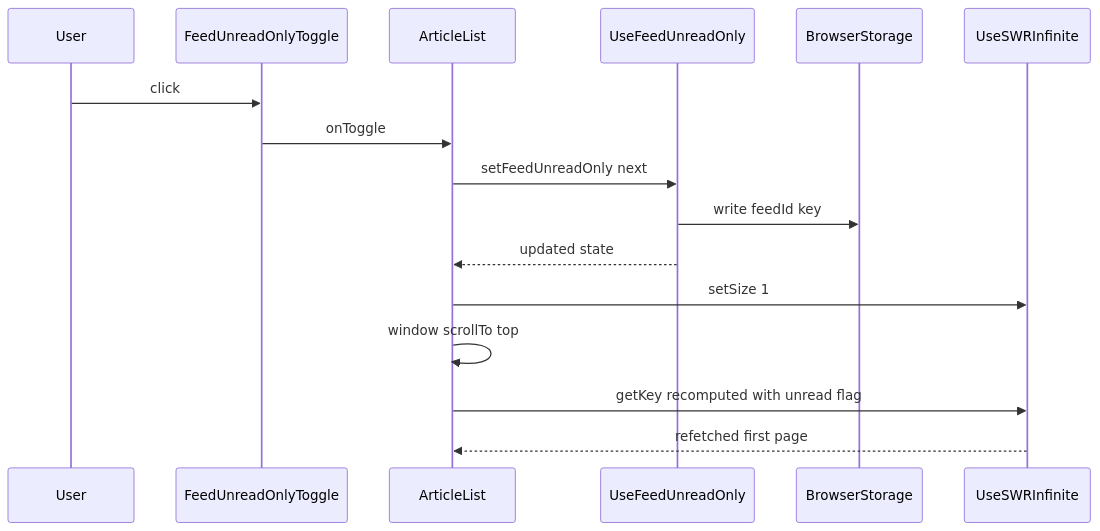
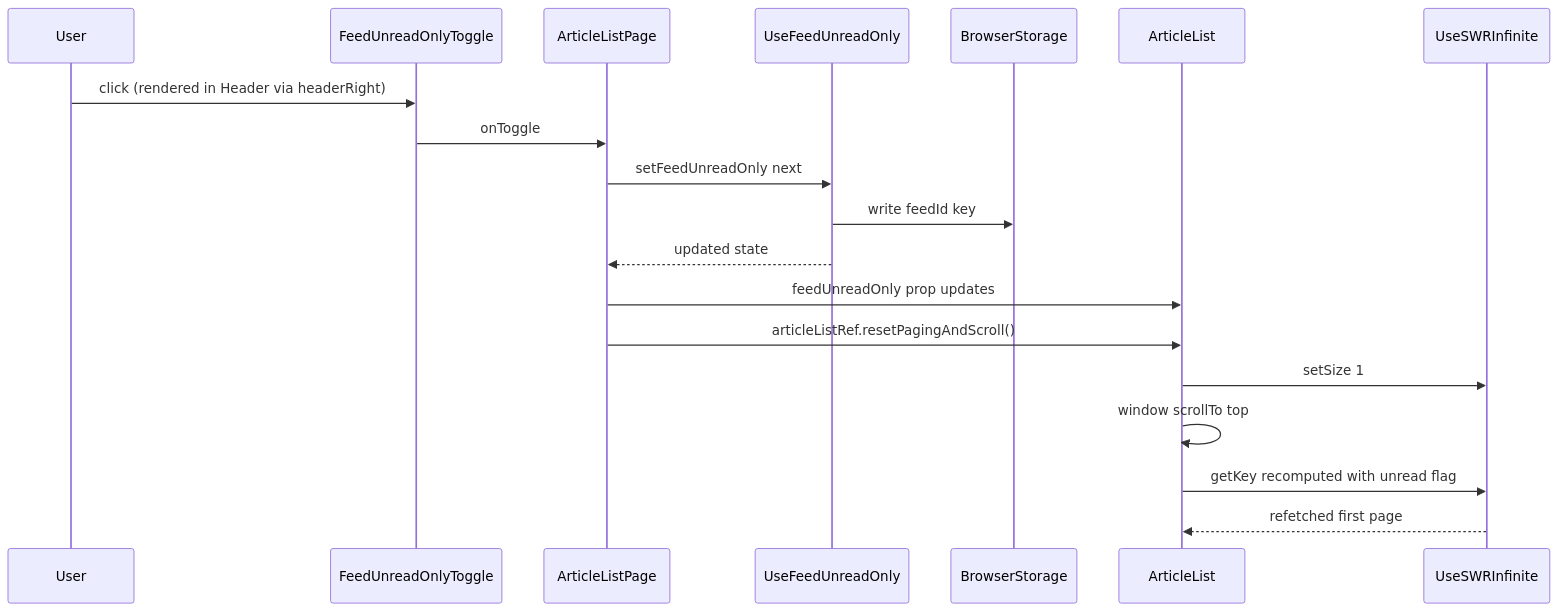
One commit to okotaro/oksskolten changed the third of 3 diagrams in .kiro/specs/feed-unread-only-toggle/design.md. Above: the diagram before and after it, drawn with Mermaid. The commit also changed other lines of this file and 7 other files, not shown here.

First line of the commit message:
docs(feed-unread-only-toggle,folder-unread-only-toggle): add Requirement 7/8 spec docs for Issue #14

````diff
--- a/.kiro/specs/feed-unread-only-toggle/design.md
+++ b/.kiro/specs/feed-unread-only-toggle/design.md
@@ -130,19 +176,22 @@
 ```mermaid
 sequenceDiagram
     participant User
     participant Toggle as FeedUnreadOnlyToggle
-    participant List as ArticleList
+    participant Page as ArticleListPage
     participant Hook as UseFeedUnreadOnly
     participant Storage as BrowserStorage
+    participant List as ArticleList
     participant Swr as UseSWRInfinite
 
-    User->>Toggle: click
-    Toggle->>List: onToggle
-    List->>Hook: setFeedUnreadOnly next
+    User->>Toggle: click (rendered in Header via headerRight)
+    Toggle->>Page: onToggle
+    Page->>Hook: setFeedUnreadOnly next
     Hook->>Storage: write feedId key
-    Hook-->>List: updated state
+    Hook-->>Page: updated state
+    Page->>List: feedUnreadOnly prop updates
+    Page->>List: articleListRef.resetPagingAndScroll()
     List->>Swr: setSize 1
     List->>List: window scrollTo top
     List->>Swr: getKey recomputed with unread flag
     Swr-->>List: refetched first page
 ```
````
